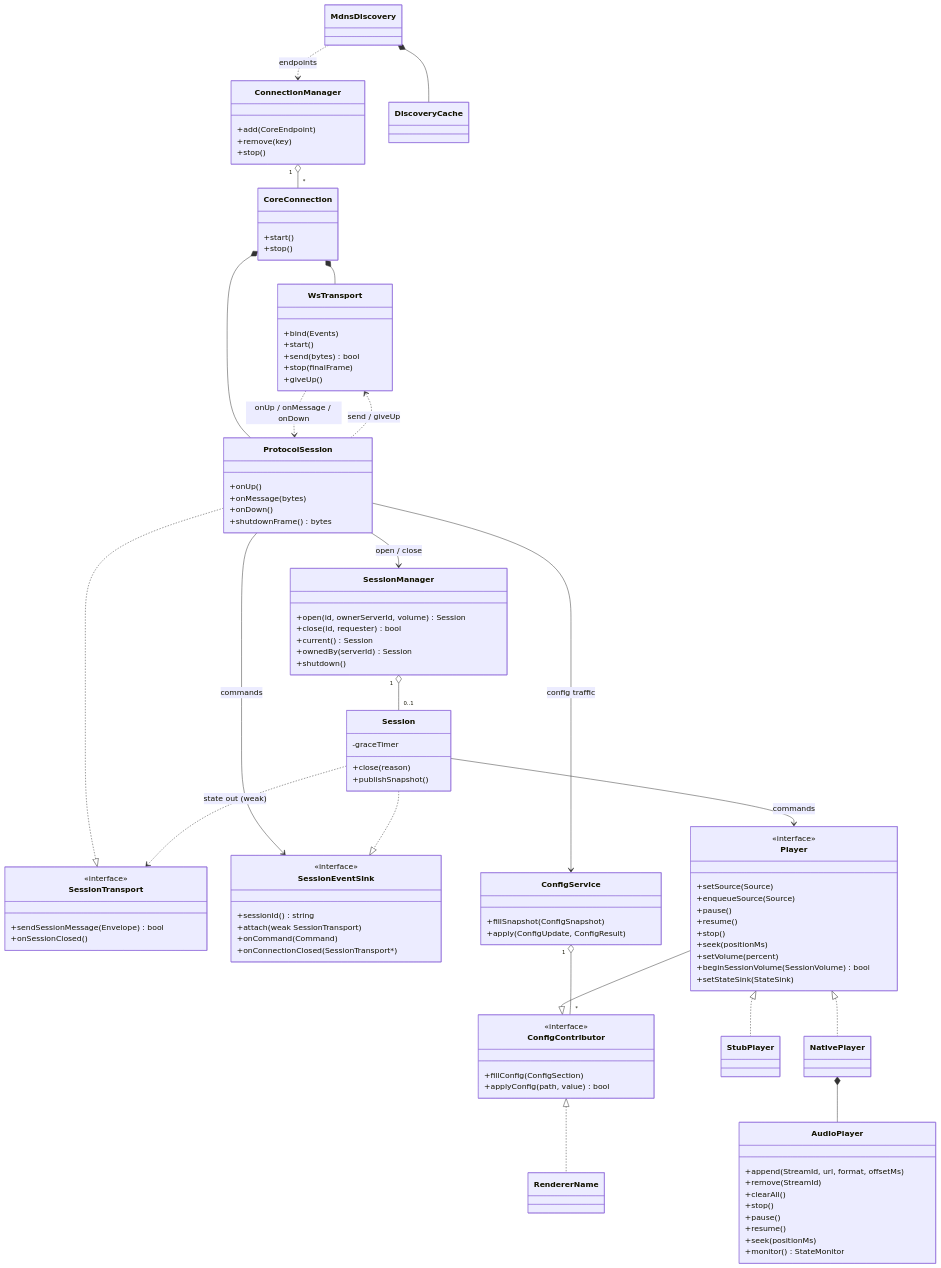
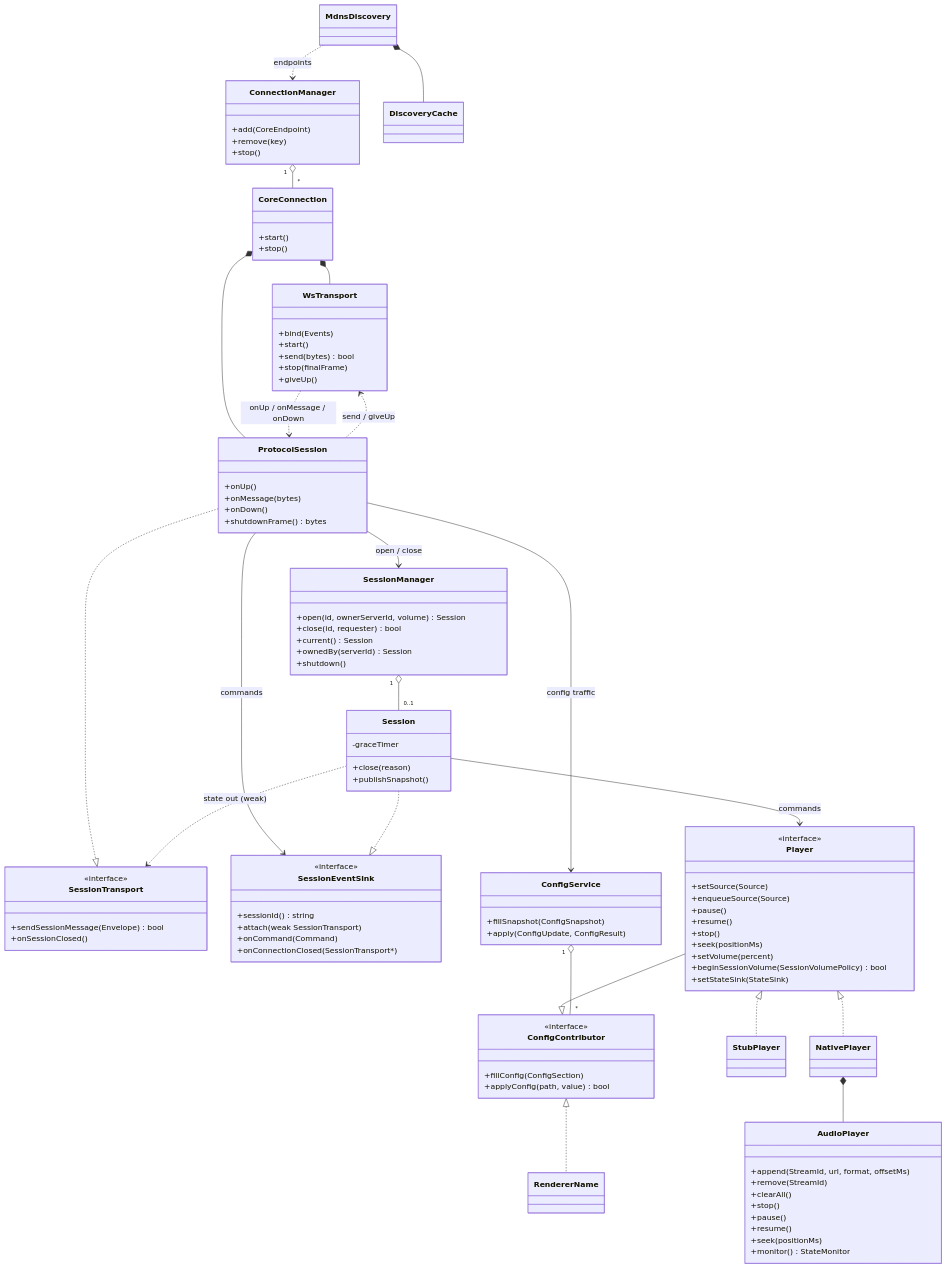
The diagram in docs/native-renderer-design.md (madenvel/KalinkaPlayer), drawn with Mermaid before and after one commit. The commit also changed other lines of this file and 29 other files, not shown here.

```diff
--- a/docs/native-renderer-design.md
+++ b/docs/native-renderer-design.md
@@ -98,7 +98,7 @@
         +stop()
         +seek(positionMs)
         +setVolume(percent)
-        +beginSessionVolume(SessionVolume) bool
+        +beginSessionVolume(SessionVolumePolicy) bool
         +setStateSink(StateSink)
     }
     class NativePlayer
```
